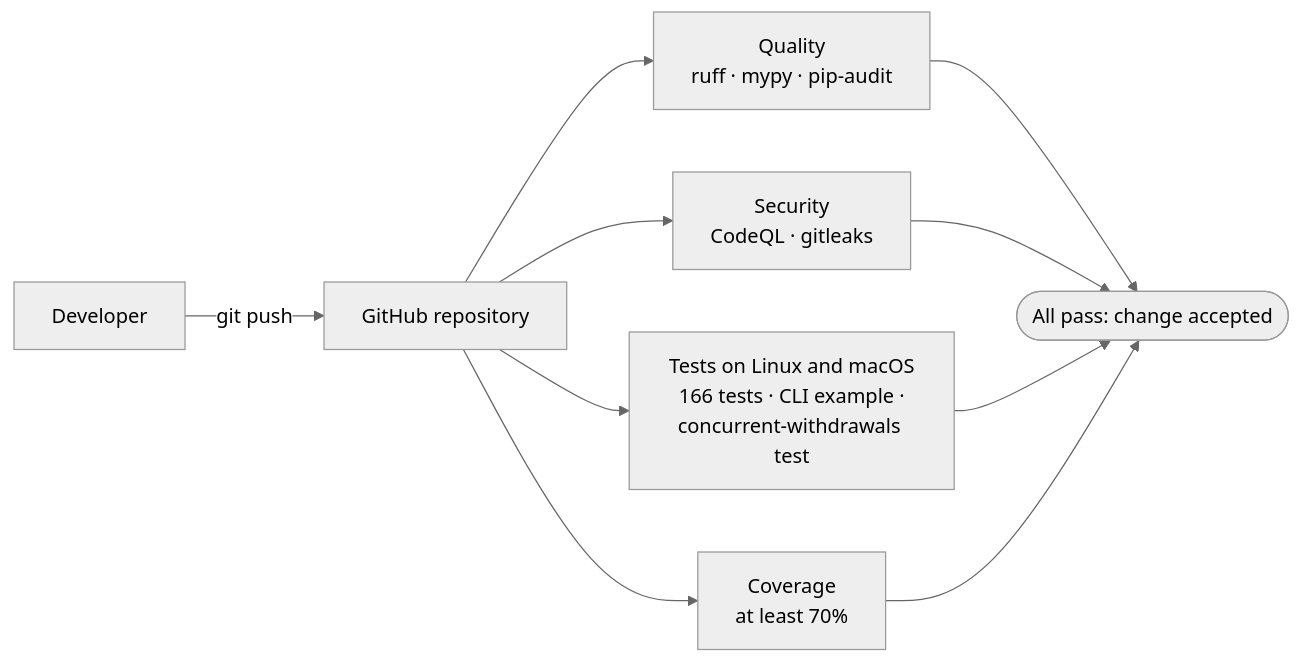
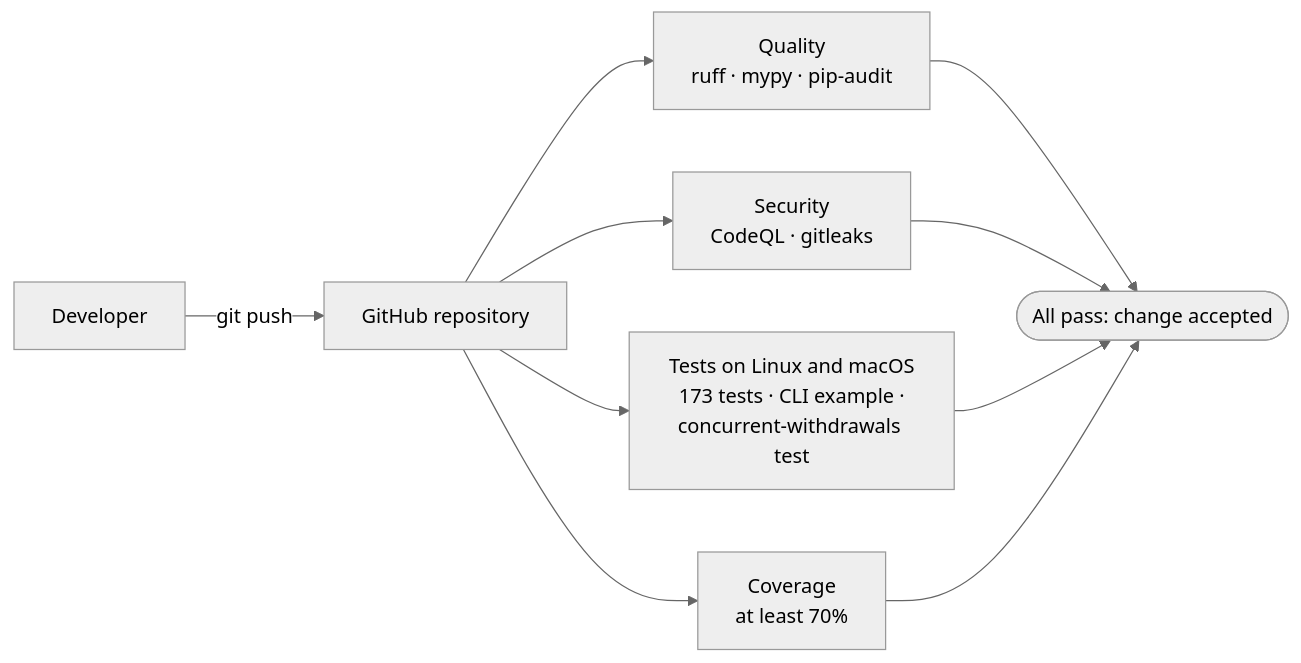
One commit to AnupamGupta86/InmarCodingAssignment changed the fifth of 5 diagrams in README.md. Above: the diagram before and after it, drawn with Mermaid (neutral theme). The commit also changed other lines of this file and 4 other files, not shown here.

````diff
--- a/README.md
+++ b/README.md
@@ -312,12 +312,12 @@
 ```mermaid
 flowchart LR
     dev["Developer"] -->|git push| repo["GitHub repository"]
     repo --> quality["Quality<br/>ruff · mypy · pip-audit"]
     repo --> sast["Security<br/>CodeQL · gitleaks"]
-    repo --> tests["Tests on Linux and macOS<br/>166 tests · CLI example ·<br/>concurrent-withdrawals test"]
+    repo --> tests["Tests on Linux and macOS<br/>173 tests · CLI example ·<br/>concurrent-withdrawals test"]
     repo --> coverage["Coverage<br/>at least 70%"]
     quality --> ok(["All pass: change accepted"])
     sast --> ok
     tests --> ok
     coverage --> ok
 ```
````
